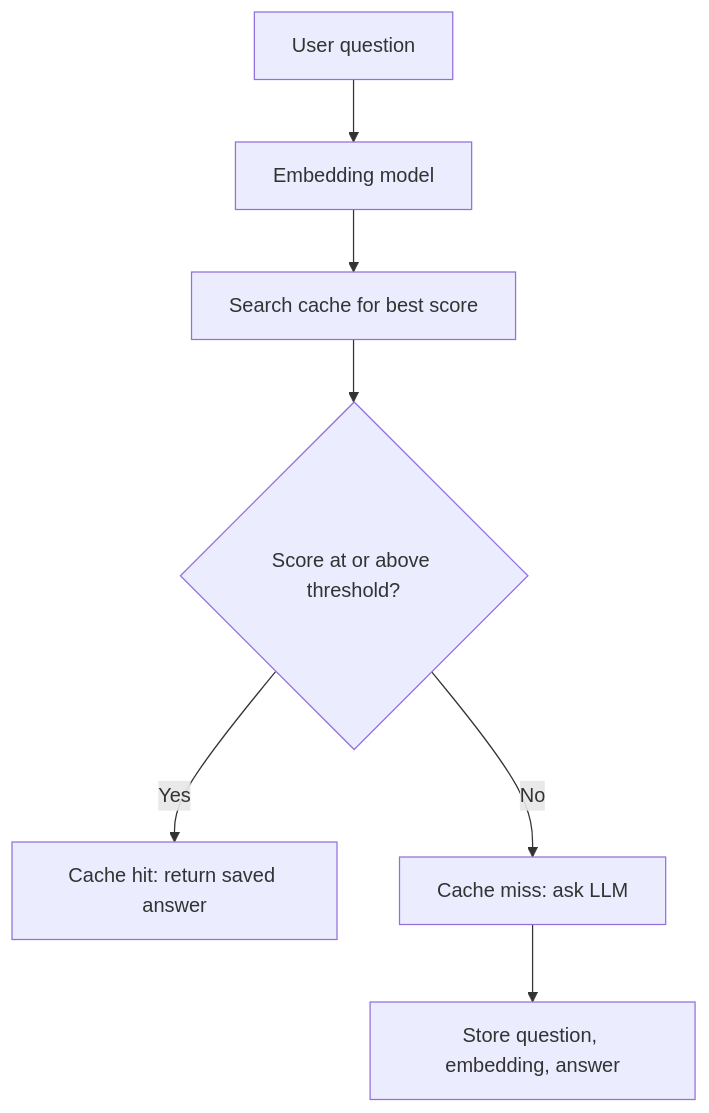
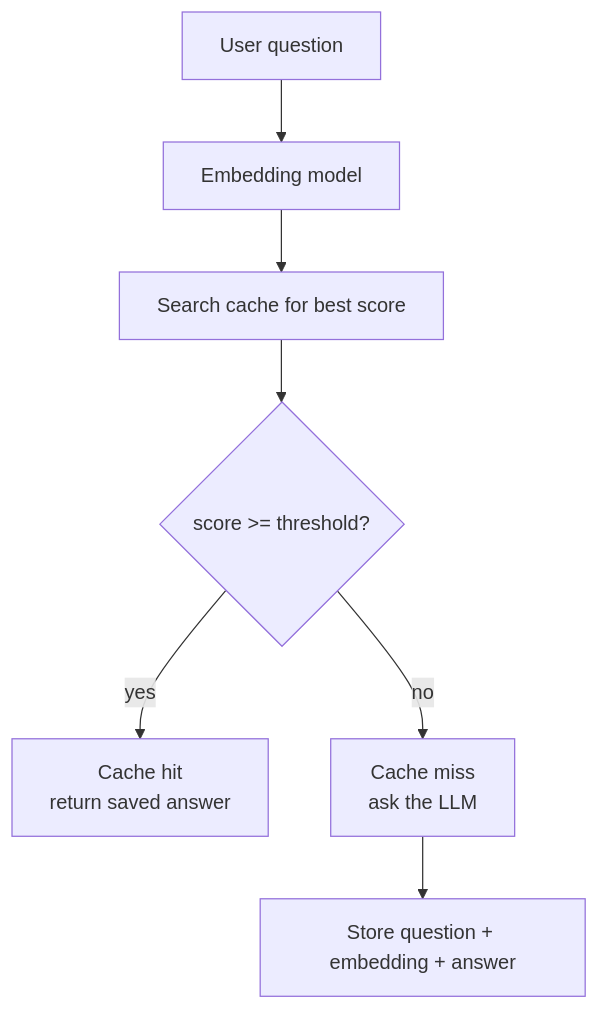
One commit to kaisarnajar/outcome-school-blogs changed the diagram in notes/step-09-vector-search-and-retrieval-augmented-generation-rag/115-how-does-semantic-caching-work.md. Above: the diagram before and after it, drawn with Mermaid. The commit also changed other lines of this file and 233 other files, not shown here.

````diff
--- a/notes/step-09-vector-search-and-retrieval-augmented-generation-rag/115-how-does-semantic-caching-work.md
+++ b/notes/step-09-vector-search-and-retrieval-augmented-generation-rag/115-how-does-semantic-caching-work.md
@@ -47,9 +53,9 @@
 ```mermaid
 flowchart TD
-    A["User question"] --> B["Embedding model"]
-    B --> C["Search cache for best score"]
-    C --> D{"Score at or above threshold?"}
-    D -->|"Yes"| E["Cache hit: return saved answer"]
-    D -->|"No"| F["Cache miss: ask LLM"]
-    F --> G["Store question, embedding, answer"]
+Q1["User question"] --> E1["Embedding model"]
+E1 --> S1["Search cache for best score"]
+S1 --> D1{"score >= threshold?"}
+D1 -->|"yes"| H1["Cache hit<br/>return saved answer"]
+D1 -->|"no"| M1["Cache miss<br/>ask the LLM"]
+M1 --> ST1["Store question + embedding + answer"]
 ```
````
